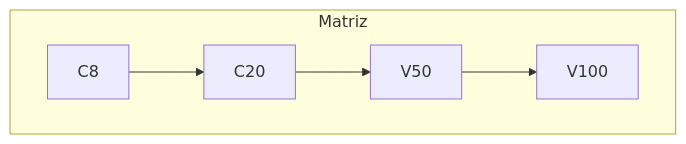
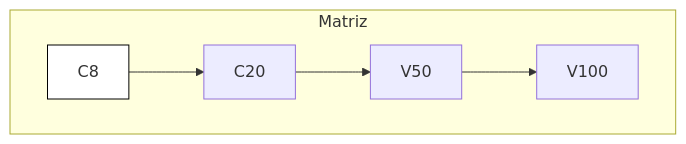
Before and after one commit to larissatoyohashi/grafico-gantt: the diagram in README.md, drawn with Mermaid.

````diff
--- a/README.md
+++ b/README.md
@@ -6,7 +6,9 @@
 ```mermaid
 graph TD
   subgraph Matriz
 A1["C8"]:::branco-->A2["C20"]:::amarelo-->A3["V50"]:::laranja-->A4["V100"]:::vermelho
  
 end
+
+classDef branco fill: #fff, stroke: #000, strike-width: 1px;
 ```
````
